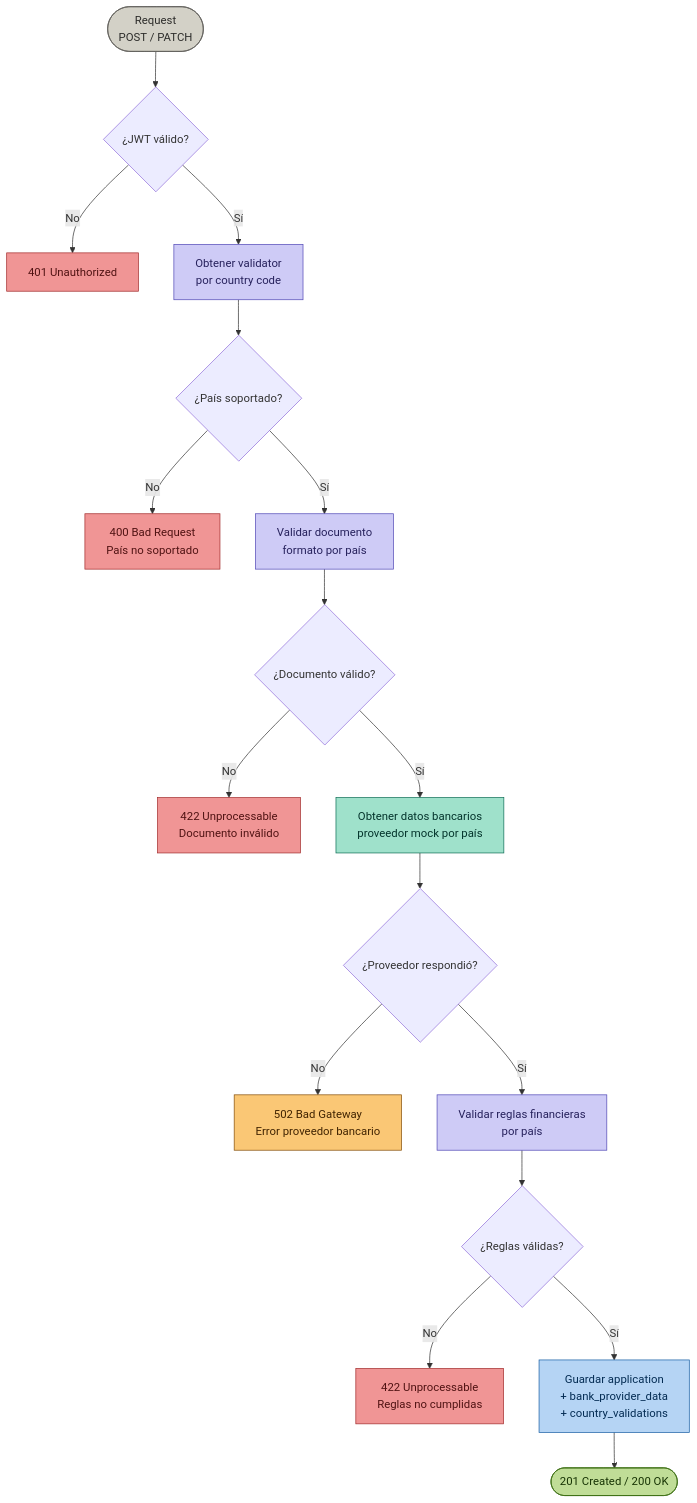
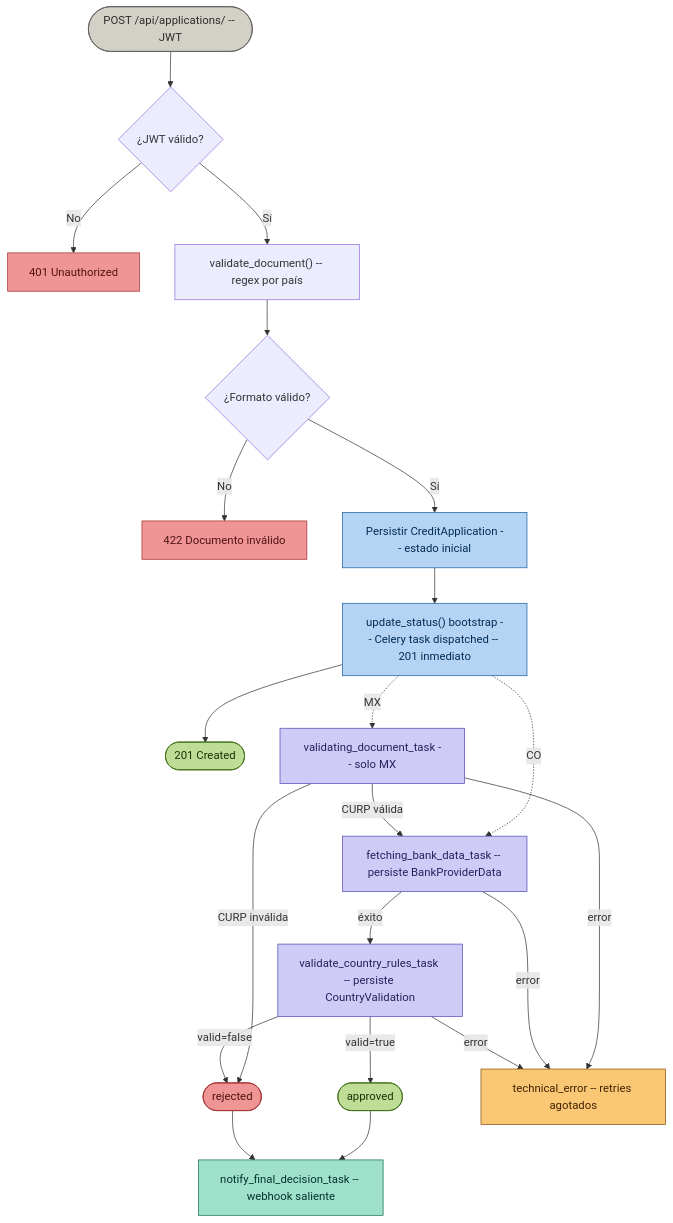
One commit to Branyoe/multi-country_fintech changed the diagram in docs/flows/credit_application.mmd. Above: the diagram before and after it, drawn with Mermaid.

Commit message:
docs(flows): rewrite credit_application flow as async pipeline
Previous diagram showed a fully synchronous request lifecycle.
Actual implementation returns 201 immediately and delegates bank
fetch and rule validation to Celery tasks.

- Split into sync phase (doc validation, persist, 201) and async phase
- Show MX/CO bootstrap bifurcation (validating_document vs fetching_bank_data)
- Add technical_error path from each task on retry exhaustion
- Replace \n with -- in node labels for correct rendering

```diff
--- a/docs/flows/credit_application.mmd
+++ b/docs/flows/credit_application.mmd
@@ -1,60 +1,60 @@
 flowchart TD
 
-    START(["Request\nPOST / PATCH"])
+    %% ── Fase sincrónica (HTTP request) ─────────────────────────
+    START(["POST /api/applications/ -- JWT"])
 
     AUTH{"¿JWT válido?"}
     E401["401 Unauthorized"]
 
-    GET_VALIDATOR["Obtener validator\npor country code"]
+    VAL_DOC["validate_document() -- regex por país"]
+    DOC_OK{"¿Formato válido?"}
+    E422["422 Documento inválido"]
 
-    SUPPORTED{"¿País soportado?"}
-    E400_COUNTRY["400 Bad Request\nPaís no soportado"]
-
-    VAL_DOC["Validar documento\nformato por país"]
-
-    DOC_OK{"¿Documento válido?"}
-    E422_DOC["422 Unprocessable\nDocumento inválido"]
-
-    FETCH_BANK["Obtener datos bancarios\nproveedor mock por país"]
-
-    BANK_OK{"¿Proveedor respondió?"}
-    E502["502 Bad Gateway\nError proveedor bancario"]
-
-    VAL_RULES["Validar reglas financieras\npor país"]
-
-    RULES_OK{"¿Reglas válidas?"}
-    E422_RULES["422 Unprocessable\nReglas no cumplidas"]
-
-    PERSIST["Guardar application\n+ bank_provider_data\n+ country_validations"]
-
-    RESPONSE(["201 Created / 200 OK"])
+    PERSIST["Persistir CreditApplication -- estado inicial"]
+    BOOTSTRAP["update_status() bootstrap -- Celery task dispatched -- 201 inmediato"]
+    R201(["201 Created"])
 
     START --> AUTH
     AUTH -- "No" --> E401
-    AUTH -- "Sí" --> GET_VALIDATOR
-    GET_VALIDATOR --> SUPPORTED
-    SUPPORTED -- "No" --> E400_COUNTRY
-    SUPPORTED -- "Sí" --> VAL_DOC
+    AUTH -- "Sí" --> VAL_DOC
     VAL_DOC --> DOC_OK
-    DOC_OK -- "No" --> E422_DOC
-    DOC_OK -- "Sí" --> FETCH_BANK
-    FETCH_BANK --> BANK_OK
-    BANK_OK -- "No" --> E502
-    BANK_OK -- "Sí" --> VAL_RULES
-    VAL_RULES --> RULES_OK
-    RULES_OK -- "No" --> E422_RULES
-    RULES_OK -- "Sí" --> PERSIST
-    PERSIST --> RESPONSE
+    DOC_OK -- "No" --> E422
+    DOC_OK -- "Sí" --> PERSIST
+    PERSIST --> BOOTSTRAP --> R201
+
+    %% ── Fase asíncrona (Celery pipeline) ────────────────────────
+    T_DOC["validating_document_task -- solo MX"]
+    T_BANK["fetching_bank_data_task -- persiste BankProviderData"]
+    T_RULES["validate_country_rules_task -- persiste CountryValidation"]
+    T_NOTIFY["notify_final_decision_task -- webhook saliente"]
+
+    APPROVED(["approved"])
+    REJECTED(["rejected"])
+    TECH_ERR["technical_error -- retries agotados"]
+
+    BOOTSTRAP -. "MX" .-> T_DOC
+    BOOTSTRAP -. "CO" .-> T_BANK
+    T_DOC -- "CURP válida" --> T_BANK
+    T_DOC -- "CURP inválida" --> REJECTED
+    T_DOC -- "error" --> TECH_ERR
+    T_BANK -- "éxito" --> T_RULES
+    T_BANK -- "error" --> TECH_ERR
+    T_RULES -- "valid=true" --> APPROVED
+    T_RULES -- "valid=false" --> REJECTED
+    T_RULES -- "error" --> TECH_ERR
+    APPROVED --> T_NOTIFY
+    REJECTED --> T_NOTIFY
 
     style START fill:#D3D1C7,stroke:#5F5E5A,color:#2C2C2A
-    style RESPONSE fill:#C0DD97,stroke:#3B6D11,color:#173404
+    style R201 fill:#C0DD97,stroke:#3B6D11,color:#173404
     style E401 fill:#F09595,stroke:#A32D2D,color:#501313
-    style E400_COUNTRY fill:#F09595,stroke:#A32D2D,color:#501313
-    style E422_DOC fill:#F09595,stroke:#A32D2D,color:#501313
-    style E502 fill:#FAC775,stroke:#854F0B,color:#412402
-    style E422_RULES fill:#F09595,stroke:#A32D2D,color:#501313
-    style GET_VALIDATOR fill:#CECBF6,stroke:#534AB7,color:#26215C
-    style VAL_DOC fill:#CECBF6,stroke:#534AB7,color:#26215C
-    style VAL_RULES fill:#CECBF6,stroke:#534AB7,color:#26215C
-    style FETCH_BANK fill:#9FE1CB,stroke:#0F6E56,color:#04342C
+    style E422 fill:#F09595,stroke:#A32D2D,color:#501313
+    style APPROVED fill:#C0DD97,stroke:#3B6D11,color:#173404
+    style REJECTED fill:#F09595,stroke:#A32D2D,color:#501313
+    style TECH_ERR fill:#FAC775,stroke:#854F0B,color:#412402
+    style T_DOC fill:#CECBF6,stroke:#534AB7,color:#26215C
+    style T_BANK fill:#CECBF6,stroke:#534AB7,color:#26215C
+    style T_RULES fill:#CECBF6,stroke:#534AB7,color:#26215C
+    style T_NOTIFY fill:#9FE1CB,stroke:#0F6E56,color:#04342C
     style PERSIST fill:#B5D4F4,stroke:#185FA5,color:#042C53
+    style BOOTSTRAP fill:#B5D4F4,stroke:#185FA5,color:#042C53
```
